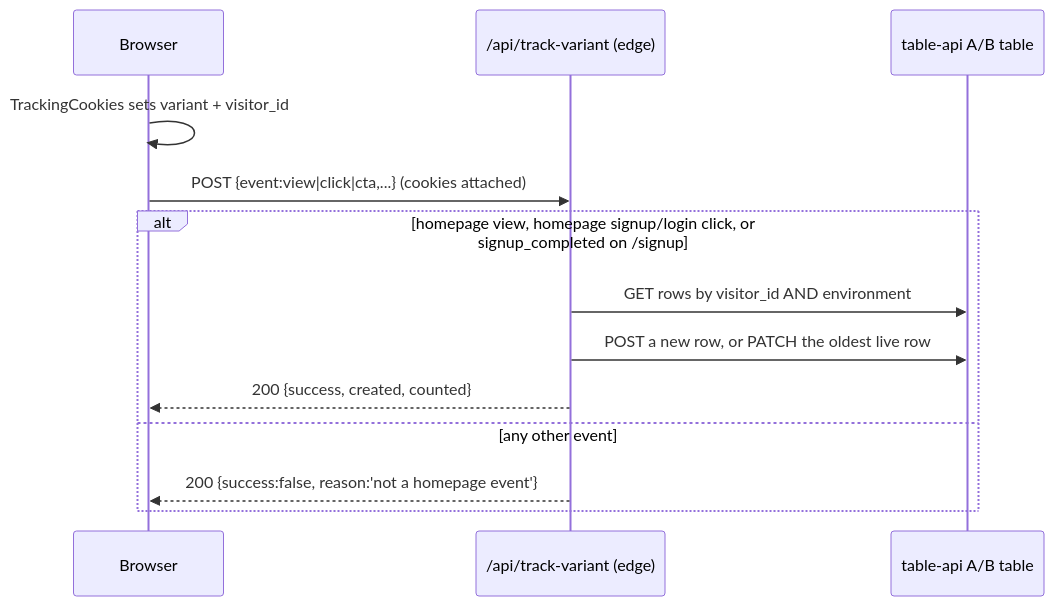
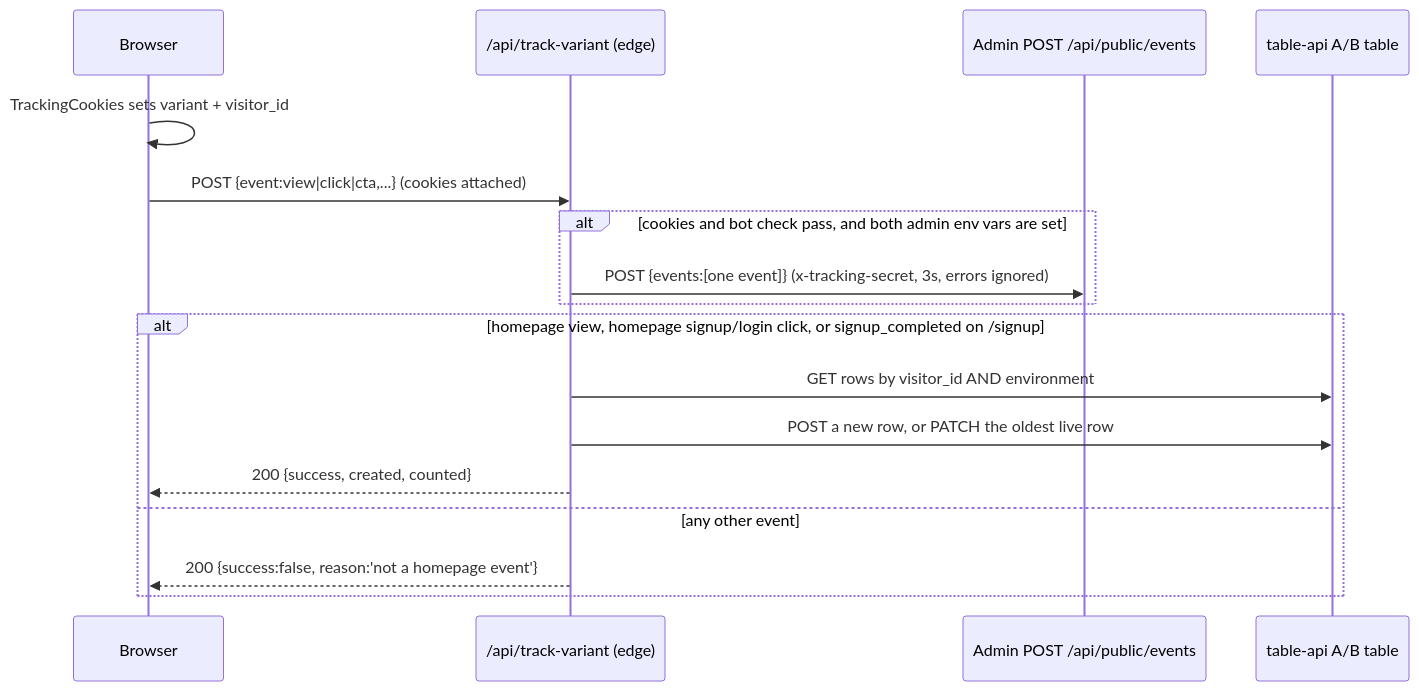
One commit to Walkover-Web-Solution/viasocket changed the diagram in docs/CONTRACTS.md. Above: the diagram before and after it, drawn with Mermaid. The commit also changed other lines of this file and 14 other files, not shown here.

First line of the commit message:
Stamp the docs verified against admin event forwarding

````diff
--- a/docs/CONTRACTS.md
+++ b/docs/CONTRACTS.md
@@ -92,15 +93,19 @@
 ```mermaid
 sequenceDiagram
     participant B as Browser
     participant R as /api/track-variant (edge)
+    participant A as Admin POST /api/public/events
     participant T as table-api A/B table
     B->>B: TrackingCookies sets variant + visitor_id
     B->>R: POST {event:view|click|cta,...} (cookies attached)
+    alt cookies and bot check pass, and both admin env vars are set
+        R->>A: POST {events:[one event]} (x-tracking-secret, 3s, errors ignored)
+    end
     alt homepage view, homepage signup/login click, or signup_completed on /signup
         R->>T: GET rows by visitor_id AND environment
         R->>T: POST a new row, or PATCH the oldest live row
         R-->>B: 200 {success, created, counted}
     else any other event
         R-->>B: 200 {success:false, reason:'not a homepage event'}
     end
 ```
````
